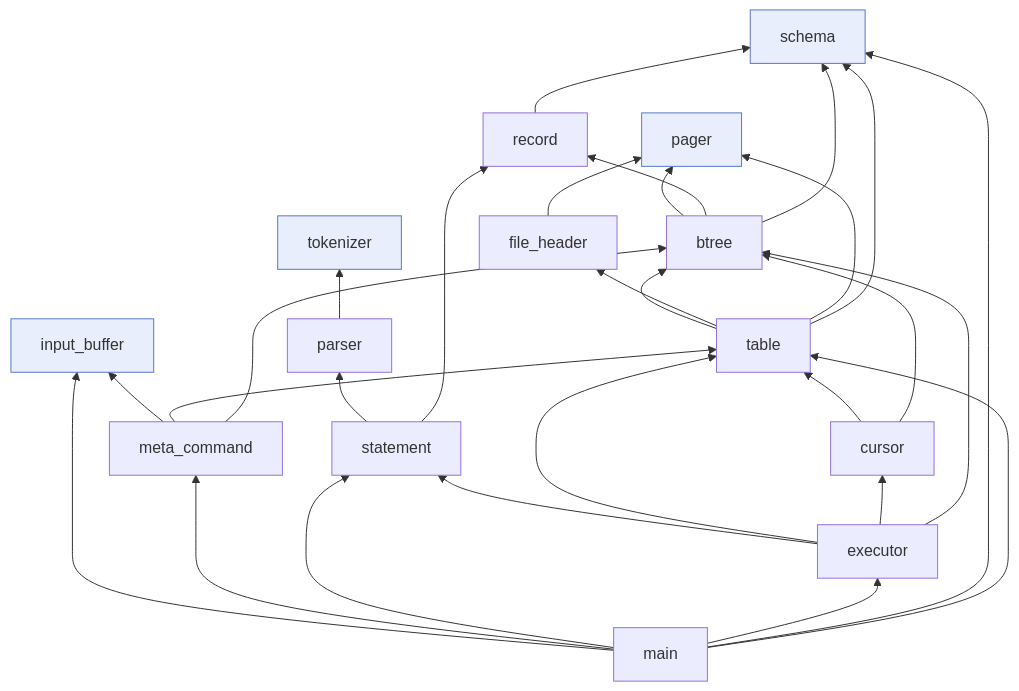
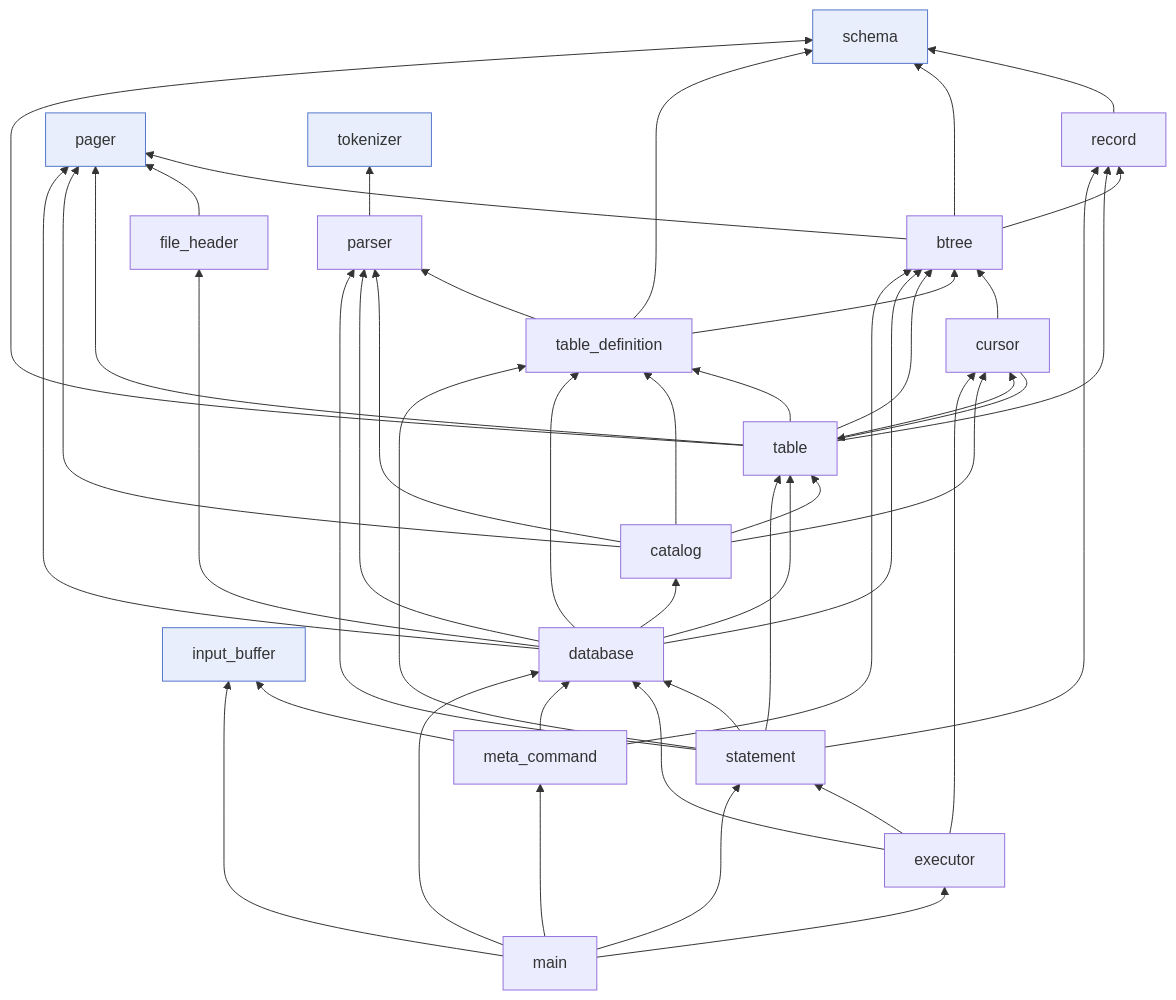
One commit to Rohitangshu2026/mini-sql changed the third of 21 diagrams in README.md. Above: the diagram before and after it, drawn with Mermaid. The commit also changed other lines of this file, not shown here.

First line of the commit message:
docs: describe the catalog and CREATE TABLE in the README

````diff
--- a/README.md
+++ b/README.md
@@ -253,34 +282,52 @@
 ```mermaid
 flowchart BT
     main --> input_buffer
     main --> meta_command
     main --> statement
     main --> executor
-    main --> schema
-    main --> table
+    main --> database
 
     meta_command --> input_buffer
-    meta_command --> table
+    meta_command --> database
     meta_command --> btree
+    executor --> statement
+    executor --> database
+    executor --> cursor
+    statement --> database
     statement --> parser
     statement --> record
-    parser --> tokenizer
-    executor --> statement
-    executor --> table
-    executor --> cursor
-    executor --> btree
+    statement --> table
+    statement --> table_definition
+    database --> catalog
+    database --> table
+    database --> table_definition
+    database --> file_header
+    database --> parser
+    database --> pager
+    database --> btree
+    catalog --> table
+    catalog --> table_definition
+    catalog --> parser
+    catalog --> cursor
+    catalog --> pager
+    table --> table_definition
+    table --> cursor
+    table --> btree
+    table --> pager
+    table --> record
+    table --> schema
+    table_definition --> parser
+    table_definition --> schema
+    table_definition --> btree
     cursor --> table
     cursor --> btree
-    table --> btree
-    table --> file_header
-    table --> pager
-    table --> schema
+    parser --> tokenizer
     file_header --> pager
     btree --> pager
     btree --> record
     btree --> schema
     record --> schema
 
     classDef leaf fill:#e8eefc,stroke:#5577cc;
     class schema,input_buffer,pager,tokenizer leaf;
 ```
````
